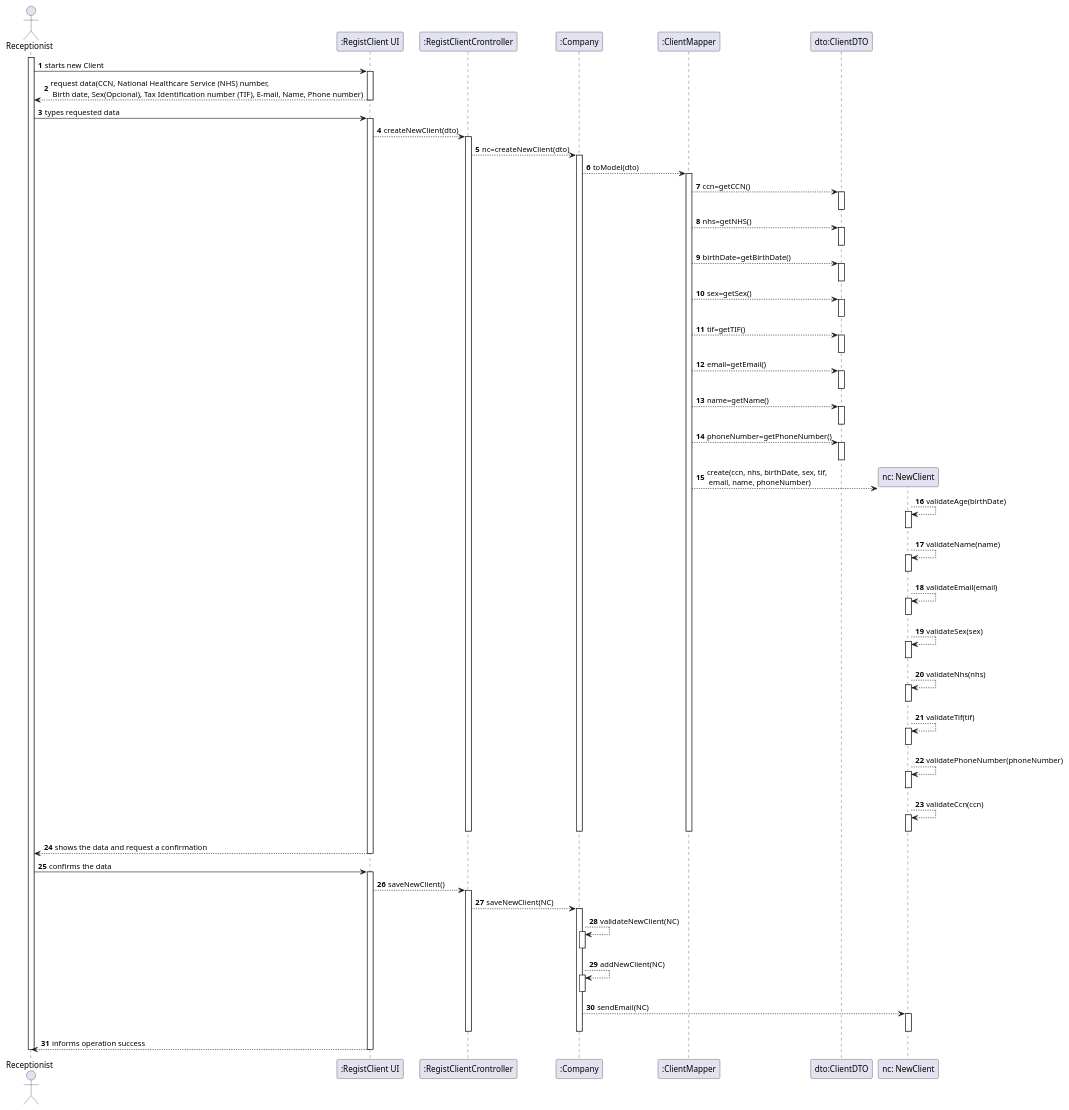
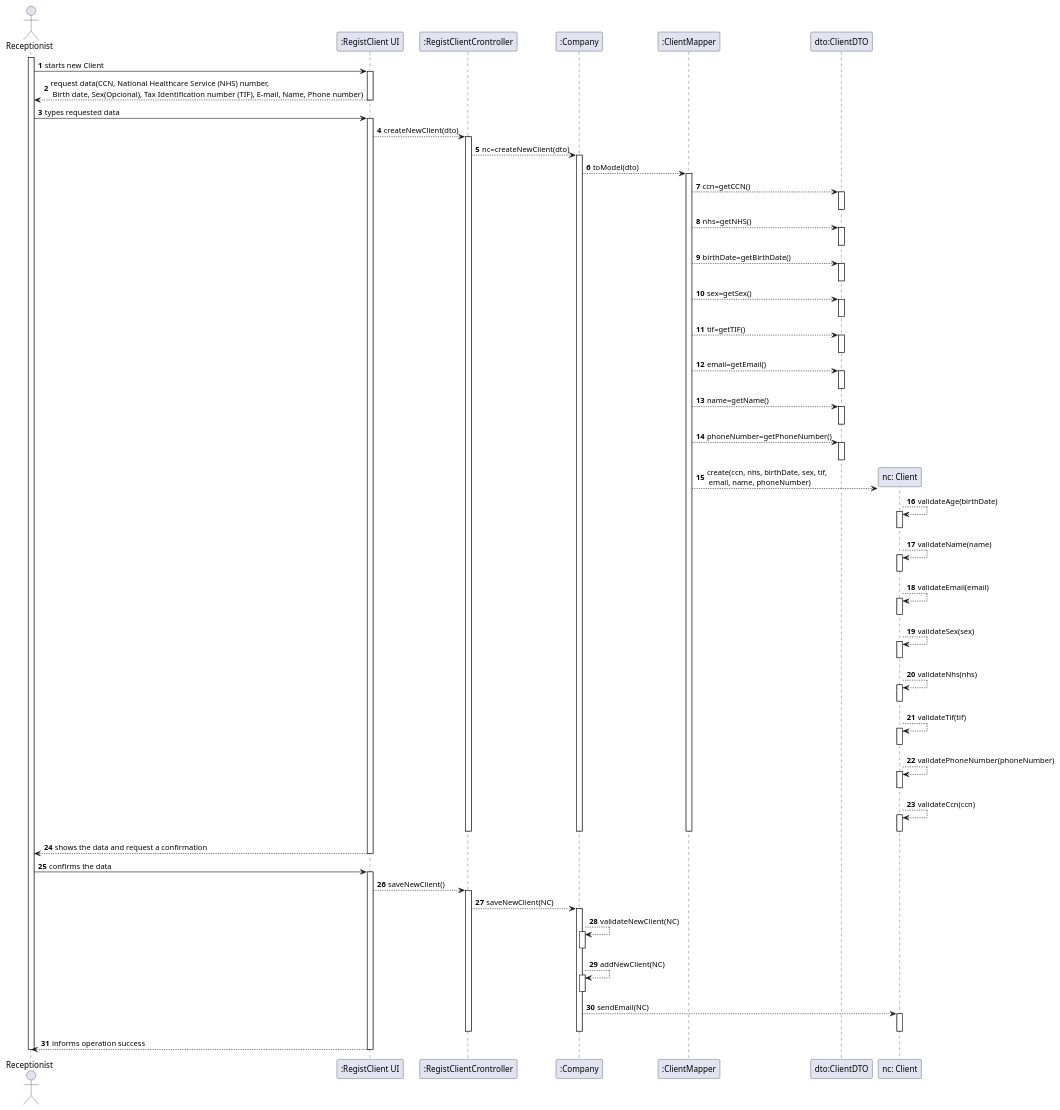
The diagram in docs/SprintB/US3_RegisterClient/US003_SD.puml (Pedromaia26/LAPR2-ISEP), drawn with PlantUML before and after one commit.

Commit message:
US003_SD.puml edited online with Bitbucket

```diff
--- a/docs/SprintB/US3_RegisterClient/US003_SD.puml
+++ b/docs/SprintB/US3_RegisterClient/US003_SD.puml
@@ -1,112 +1,112 @@
 @startuml
 actor Receptionist as Adm
 participant ":RegistClient UI" as System
 participant ":RegistClientCrontroller" as RCC
 participant ":Company" as ML
 participant ":ClientMapper" as cm
 participant "dto:ClientDTO" as cdto
 
 
 autonumber
 activate Adm
 Adm -> System: starts new Client
 activate System
 System --> Adm: request data(CCN, National Healthcare Service (NHS) number,\n Birth date, Sex(Opcional), Tax Identification number (TIF), E-mail, Name, Phone number)
 deactivate System
 
 
 
 
 Adm -> System: types requested data
 activate System
 System-->RCC: createNewClient(dto)
 activate RCC
 RCC-->ML: nc=createNewClient(dto)
 activate ML
 
 
 ML-->cm: toModel(dto)
 activate cm
 cm-->cdto: ccn=getCCN()
 activate cdto
 deactivate cdto
 cm-->cdto: nhs=getNHS()
 activate cdto
 deactivate cdto
 cm-->cdto: birthDate=getBirthDate()
 activate cdto
 deactivate cdto
 cm-->cdto: sex=getSex()
 activate cdto
 deactivate cdto
 cm-->cdto: tif=getTIF()
 activate cdto
 deactivate cdto
 cm-->cdto: email=getEmail()
 activate cdto
 deactivate cdto
 cm-->cdto: name=getName()
 activate cdto
 deactivate cdto
 cm-->cdto: phoneNumber=getPhoneNumber()
 activate cdto
 deactivate cdto
 
 
-create "nc: NewClient" as NC
+create "nc: Client" as NC
 cm-->NC:  create(ccn, nhs, birthDate, sex, tif,\n email, name, phoneNumber)
 NC-->NC: validateAge(birthDate)
 activate NC
 deactivate NC
 NC-->NC: validateName(name)
 activate NC
 deactivate NC
 NC-->NC: validateEmail(email)
 activate NC
 deactivate NC
 NC-->NC: validateSex(sex)
 activate NC
 deactivate NC
 NC-->NC: validateNhs(nhs)
 activate NC
 deactivate NC
 NC-->NC: validateTif(tif)
 activate NC
 deactivate NC
 NC-->NC: validatePhoneNumber(phoneNumber)
 activate NC
 deactivate NC
 NC-->NC: validateCcn(ccn)
 activate NC
 deactivate NC
 
 
 
 deactivate ML
 deactivate RCC
 deactivate cm
 System --> Adm: shows the data and request a confirmation
 deactivate System
 
 
 Adm -> System: confirms the data
 activate System
 System-->RCC: saveNewClient()
 activate RCC
 RCC-->ML:saveNewClient(NC)
 activate ML
 ML-->ML:validateNewClient(NC)
 activate ML
 deactivate ML
 ML-->ML:addNewClient(NC)
 activate ML
 deactivate ML
 ML-->NC:sendEmail(NC)
 activate NC
 deactivate NC
 deactivate ML
 deactivate RCC
 System --> Adm: informs operation success
 deactivate System
 deactivate Adm
 @enduml
```
